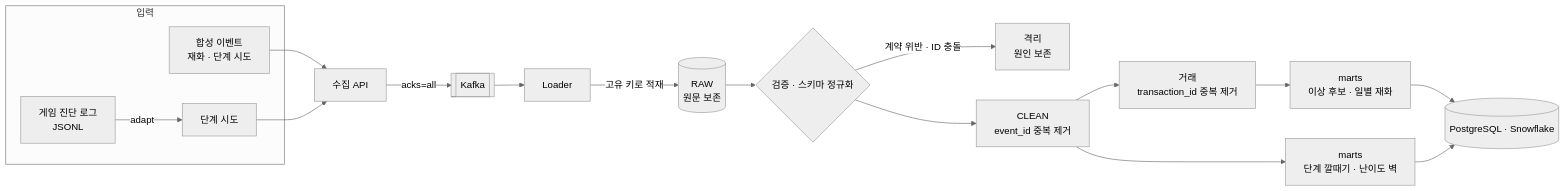
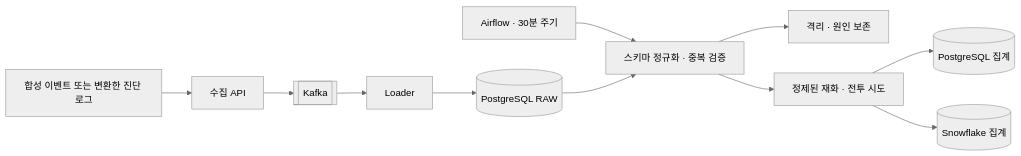
The diagram in README.md (Llernandez/game-log-pipeline), drawn with Mermaid (neutral theme) before and after one commit. The commit also changed other lines of this file and 8 other files, not shown here.

````diff
--- a/README.md
+++ b/README.md
@@ -66,19 +69,12 @@
 ```mermaid
 flowchart LR
-  subgraph IN[입력]
-    S[합성 이벤트<br/>재화 · 단계 시도]
-    D[게임 진단 로그<br/>JSONL] -->|adapt| A[단계 시도]
-  end
-  S --> API[수집 API]
-  A --> API
-  API -->|acks=all| K[[Kafka]]
-  K --> L[Loader] -->|고유 키로 적재| R[(RAW<br/>원문 보존)]
-  R --> V{검증 · 스키마 정규화}
-  V -->|계약 위반 · ID 충돌| Q[격리<br/>원인 보존]
-  V --> E[CLEAN<br/>event_id 중복 제거]
-  E --> T[거래<br/>transaction_id 중복 제거]
-  T --> M[marts<br/>이상 후보 · 일별 재화]
-  E --> F[marts<br/>단계 깔때기 · 난이도 벽]
-  M --> W[(PostgreSQL · Snowflake)]
-  F --> W
+  S[합성 이벤트 또는 변환한 진단 로그] --> API[수집 API]
+  API --> K[[Kafka]]
+  K --> L[Loader] --> R[(PostgreSQL RAW)]
+  AF[Airflow · 30분 주기] --> V[스키마 정규화 · 중복 검증]
+  R --> V
+  V --> Q[격리 · 원인 보존]
+  V --> C[정제된 재화 · 전투 시도]
+  C --> PG[(PostgreSQL 집계)]
+  C --> SF[(Snowflake 집계)]
 ```
````
